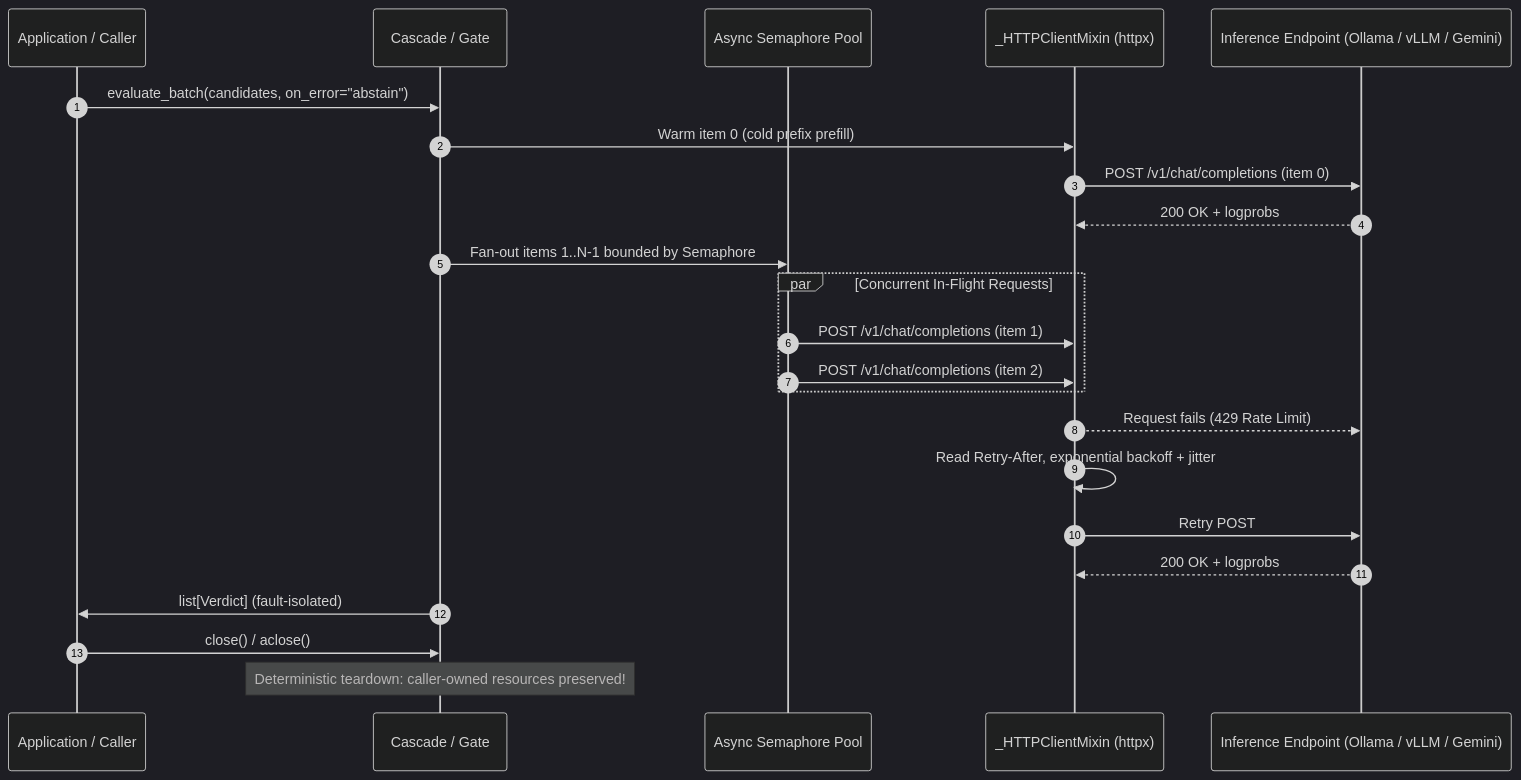
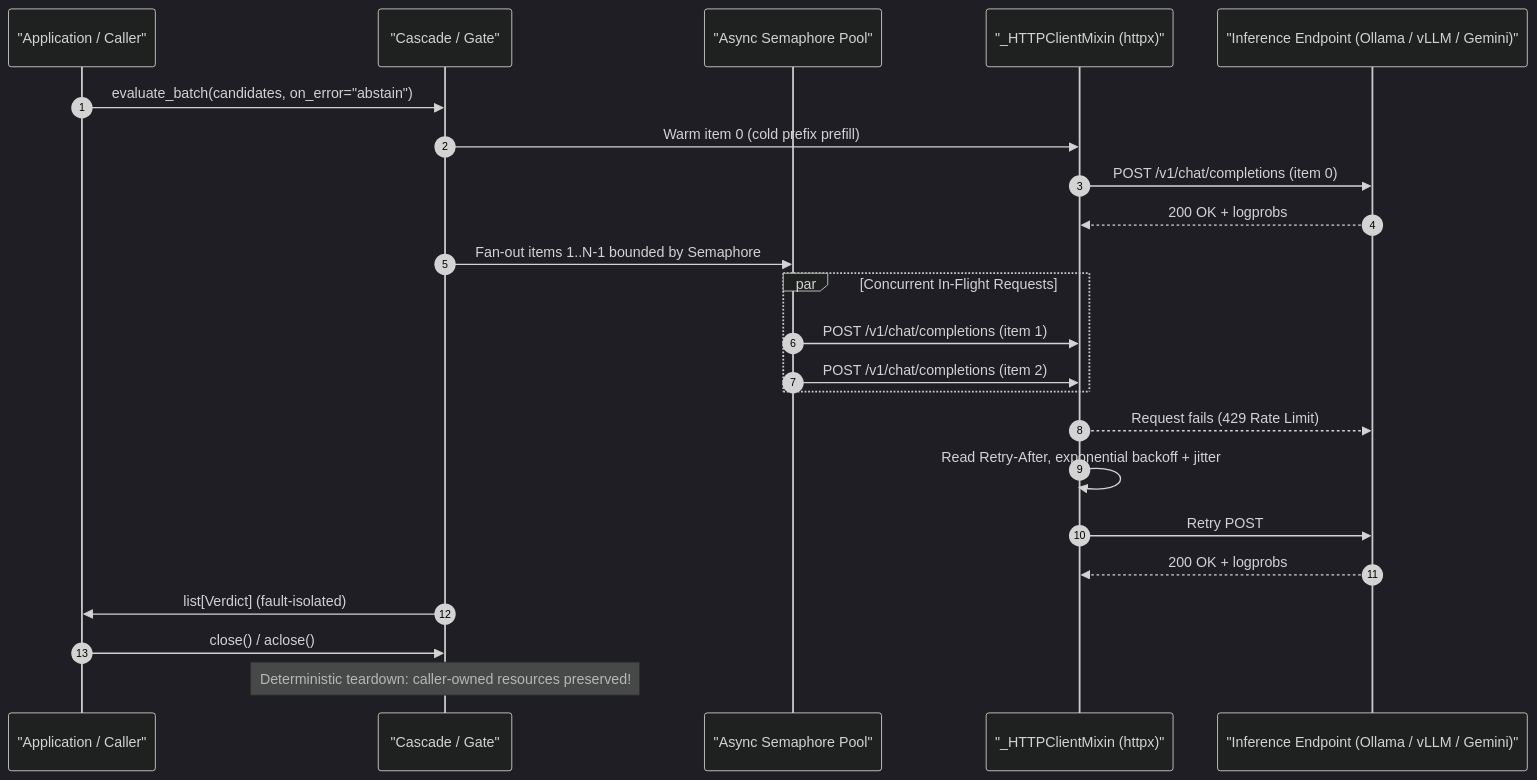
Before and after one commit to jasonbdly/LogitGate: the third of 7 diagrams in docs/architecture.md, drawn with Mermaid (dark theme). The commit also changed other lines of this file and 24 other files, not shown here.

````diff
--- a/docs/architecture.md
+++ b/docs/architecture.md
@@ -234,26 +322,26 @@
 ```mermaid
 sequenceDiagram
     autonumber
-    participant App as Application / Caller
-    participant Cas as Cascade / Gate
-    participant Pool as Async Semaphore Pool
-    participant Http as _HTTPClientMixin (httpx)
-    participant Model as Inference Endpoint (Ollama / vLLM / Gemini)
+    participant App as "Application / Caller"
+    participant Cas as "Cascade / Gate"
+    participant Pool as "Async Semaphore Pool"
+    participant Http as "_HTTPClientMixin (httpx)"
+    participant Model as "Inference Endpoint (Ollama / vLLM / Gemini)"
 
     App->>Cas: evaluate_batch(candidates, on_error="abstain")
     Cas->>Http: Warm item 0 (cold prefix prefill)
     Http->>Model: POST /v1/chat/completions (item 0)
     Model-->>Http: 200 OK + logprobs
     Cas->>Pool: Fan-out items 1..N-1 bounded by Semaphore
     par Concurrent In-Flight Requests
         Pool->>Http: POST /v1/chat/completions (item 1)
         Pool->>Http: POST /v1/chat/completions (item 2)
     end
     Http-->>Model: Request fails (429 Rate Limit)
     Http->>Http: Read Retry-After, exponential backoff + jitter
     Http->>Model: Retry POST
     Model-->>Http: 200 OK + logprobs
     Cas->>App: list[Verdict] (fault-isolated)
     App->>Cas: close() / aclose()
     Note over Cas: Deterministic teardown: caller-owned resources preserved!
 ```
````
